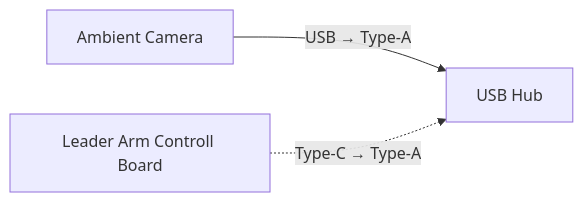
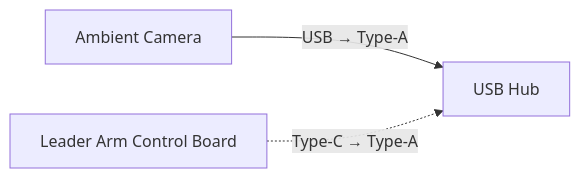
The second of 8 diagrams in electronics/ELECTRONICS.md (dark-neonus/Cleany_AI_Trash_Sorting_Robot), drawn with Mermaid before and after one commit. The commit also changed other lines of this file and 1 other file, not shown here.

````diff
--- a/electronics/ELECTRONICS.md
+++ b/electronics/ELECTRONICS.md
@@ -59,5 +62,5 @@
 ```mermaid
 flowchart LR
     ACAM[Ambient Camera] -->|USB → Type-A| HUB[USB Hub]
-    LEAD[Leader Arm Controll Board] -.->|Type-C → Type-A| HUB
+    LEAD[Leader Arm Control Board] -.->|Type-C → Type-A| HUB
 ```
````
